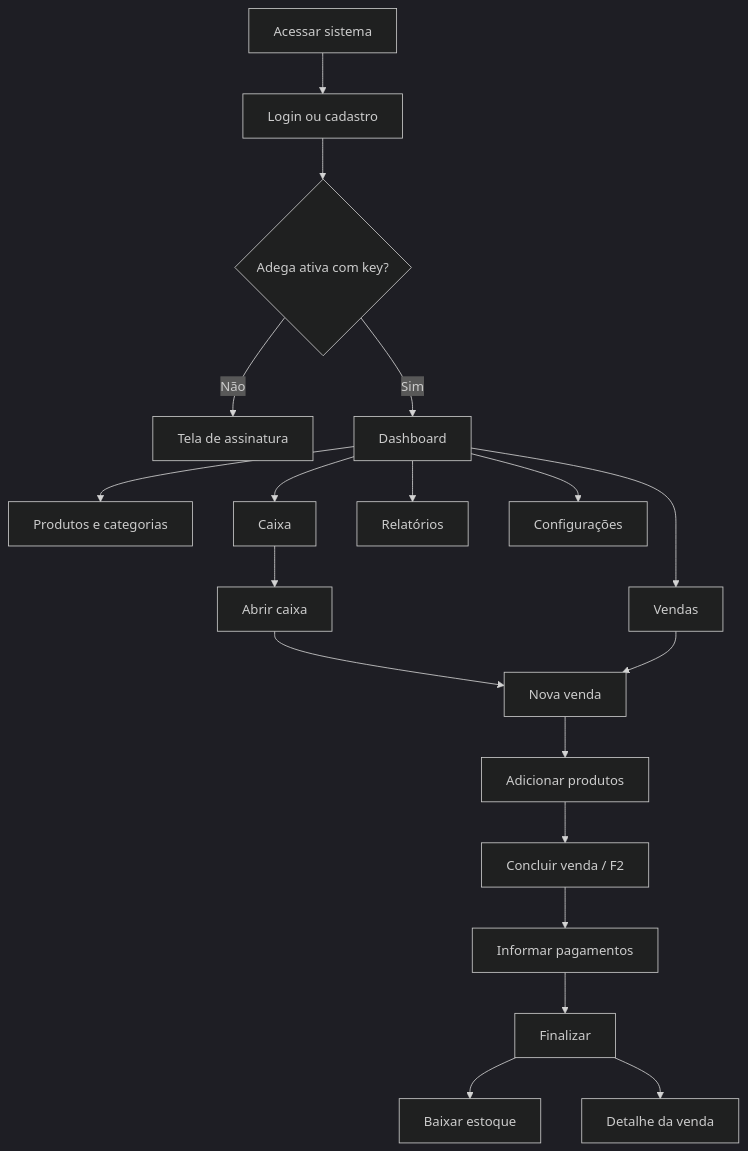
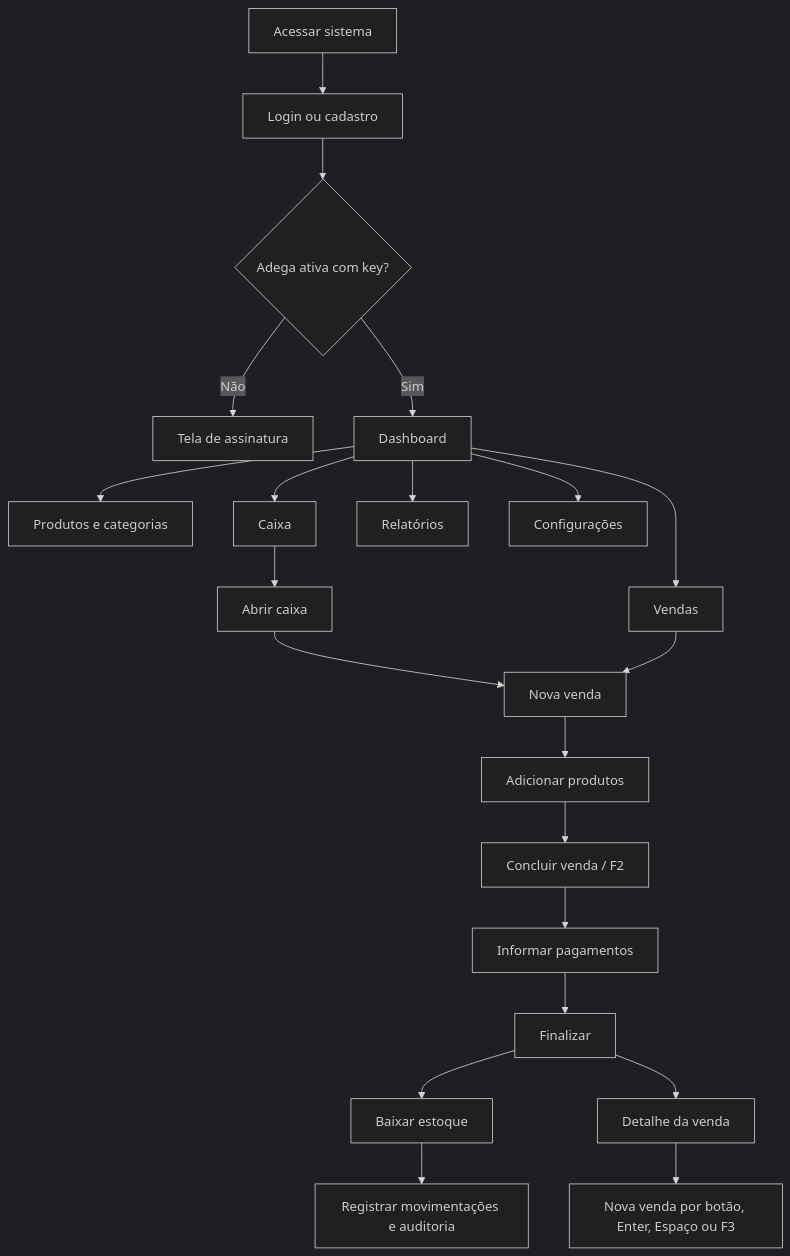
Before and after one commit to RafaelBG7/pdv2026: the first of 11 diagrams in docs/06-fluxo-sistema.md, drawn with Mermaid (dark theme). The commit also changed other lines of this file and 64 other files, not shown here.

````diff
--- a/docs/06-fluxo-sistema.md
+++ b/docs/06-fluxo-sistema.md
@@ -5,21 +5,23 @@
 ```mermaid
 flowchart TD
     A["Acessar sistema"] --> B["Login ou cadastro"]
     B --> C{"Adega ativa com key?"}
     C -- "Não" --> D["Tela de assinatura"]
     C -- "Sim" --> E["Dashboard"]
     E --> F["Produtos e categorias"]
     E --> G["Caixa"]
     E --> H["Vendas"]
     E --> I["Relatórios"]
     E --> J["Configurações"]
     G --> K["Abrir caixa"]
     K --> L["Nova venda"]
     H --> L
     L --> M["Adicionar produtos"]
     M --> N["Concluir venda / F2"]
     N --> O["Informar pagamentos"]
     O --> P["Finalizar"]
     P --> Q["Baixar estoque"]
+    Q --> T["Registrar movimentações e auditoria"]
     P --> R["Detalhe da venda"]
+    R --> S["Nova venda por botão, Enter, Espaço ou F3"]
 ```
````
